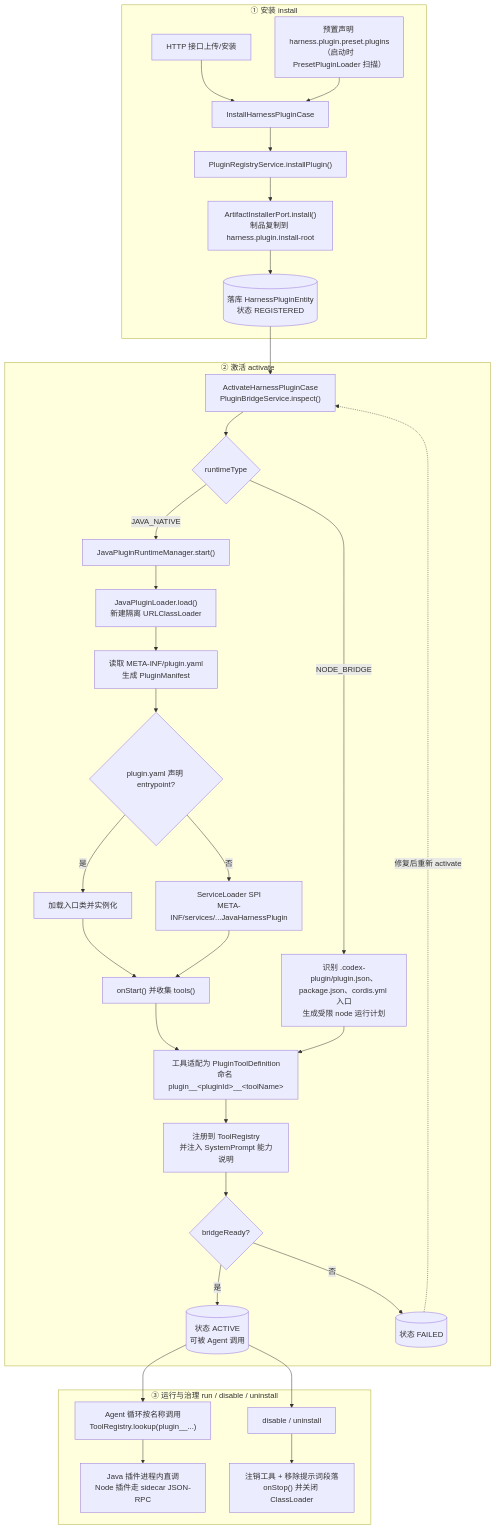
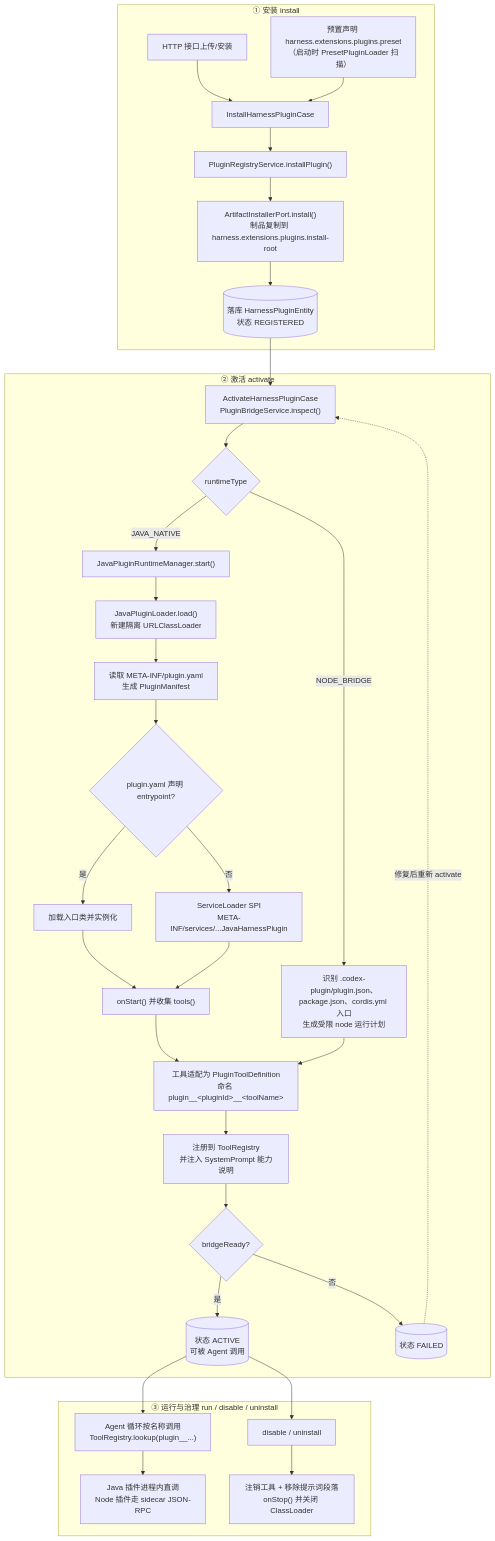
One commit to Jaffrey29/XfgHarness changed the third of 3 diagrams in README.md. Above: the diagram before and after it, drawn with Mermaid. The commit also changed other lines of this file and 16 other files, not shown here.

````diff
--- a/README.md
+++ b/README.md
@@ -907,39 +908,39 @@
 ```mermaid
 flowchart TD
     subgraph INSTALL["① 安装 install"]
         SRC1["HTTP 接口上传/安装"] --> CASE["InstallHarnessPluginCase"]
-        SRC2["预置声明 harness.plugin.preset.plugins<br/>（启动时 PresetPluginLoader 扫描）"] --> CASE
+        SRC2["预置声明 harness.extensions.plugins.preset<br/>（启动时 PresetPluginLoader 扫描）"] --> CASE
         CASE --> REG["PluginRegistryService.installPlugin()"]
-        REG --> ART["ArtifactInstallerPort.install()<br/>制品复制到 harness.plugin.install-root"]
+        REG --> ART["ArtifactInstallerPort.install()<br/>制品复制到 harness.extensions.plugins.install-root"]
         ART --> DB1[("落库 HarnessPluginEntity<br/>状态 REGISTERED")]
     end
 
     subgraph LOAD["② 激活 activate"]
         DB1 --> ACT["ActivateHarnessPluginCase<br/>PluginBridgeService.inspect()"]
         ACT --> RT{"runtimeType"}
         RT -->|"JAVA_NATIVE"| MGR["JavaPluginRuntimeManager.start()"]
         MGR --> LD["JavaPluginLoader.load()<br/>新建隔离 URLClassLoader"]
         LD --> MF["读取 META-INF/plugin.yaml<br/>生成 PluginManifest"]
         MF --> EP{"plugin.yaml 声明 entrypoint?"}
         EP -->|"是"| CLS["加载入口类并实例化"]
         EP -->|"否"| SPI["ServiceLoader SPI<br/>META-INF/services/...JavaHarnessPlugin"]
         CLS --> RUN["onStart() 并收集 tools()"]
         SPI --> RUN
         RT -->|"NODE_BRIDGE"| NB["识别 .codex-plugin/plugin.json、<br/>package.json、cordis.yml 入口<br/>生成受限 node 运行计划"]
         RUN --> ADAPT["工具适配为 PluginToolDefinition<br/>命名 plugin__&lt;pluginId&gt;__&lt;toolName&gt;"]
         NB --> ADAPT
         ADAPT --> TR["注册到 ToolRegistry<br/>并注入 SystemPrompt 能力说明"]
         TR --> RDY{"bridgeReady?"}
         RDY -->|"是"| OK[("状态 ACTIVE<br/>可被 Agent 调用")]
         RDY -->|"否"| FAIL[("状态 FAILED")]
     end
 
     subgraph RUNTIME["③ 运行与治理 run / disable / uninstall"]
         OK --> CALL["Agent 循环按名称调用<br/>ToolRegistry.lookup(plugin__...)"]
         CALL --> EXEC["Java 插件进程内直调<br/>Node 插件走 sidecar JSON-RPC"]
         OK --> MGMT["disable / uninstall"]
         MGMT --> STOP["注销工具 + 移除提示词段落<br/>onStop() 并关闭 ClassLoader"]
     end
 
     FAIL -.->|"修复后重新 activate"| ACT
 ```
````
